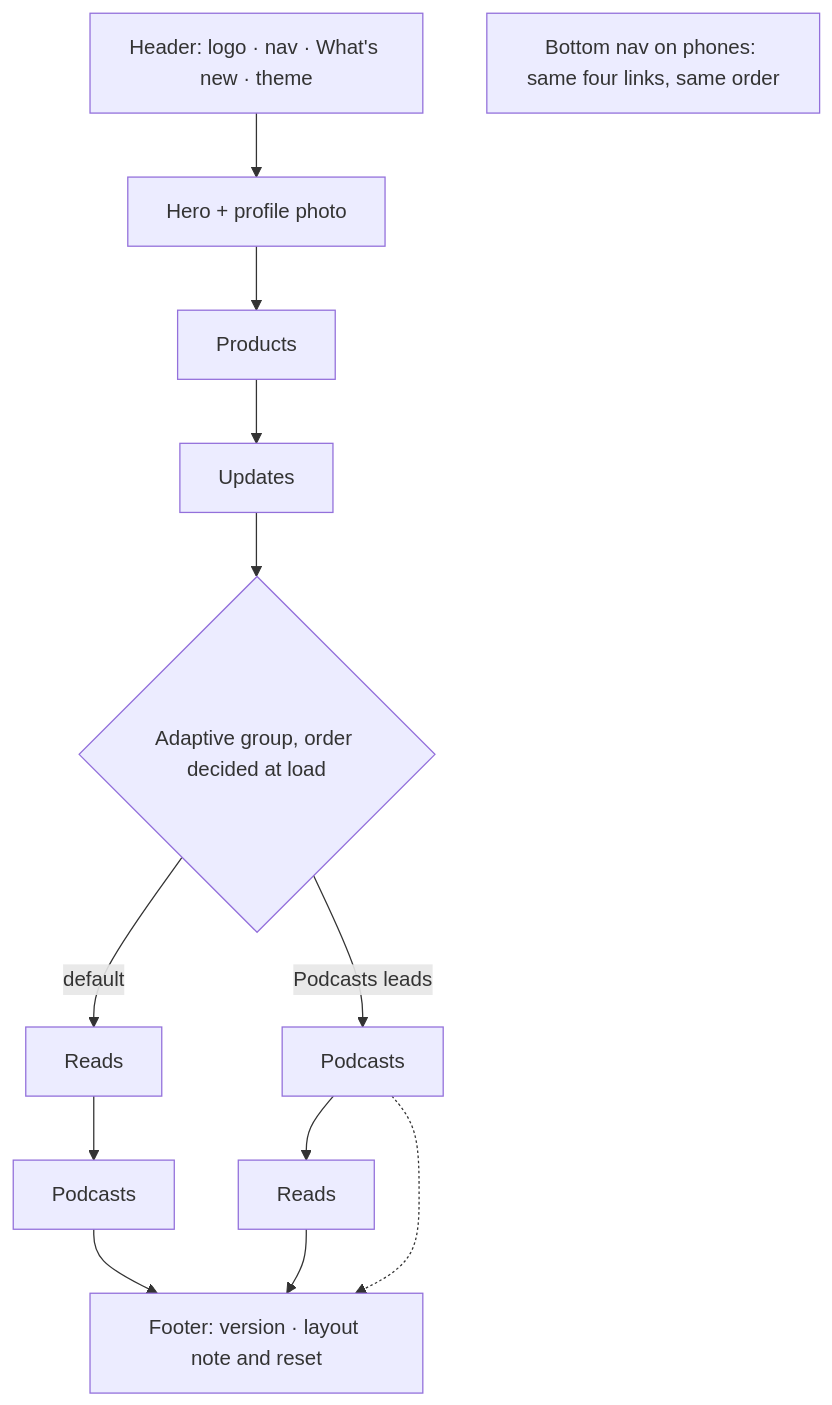
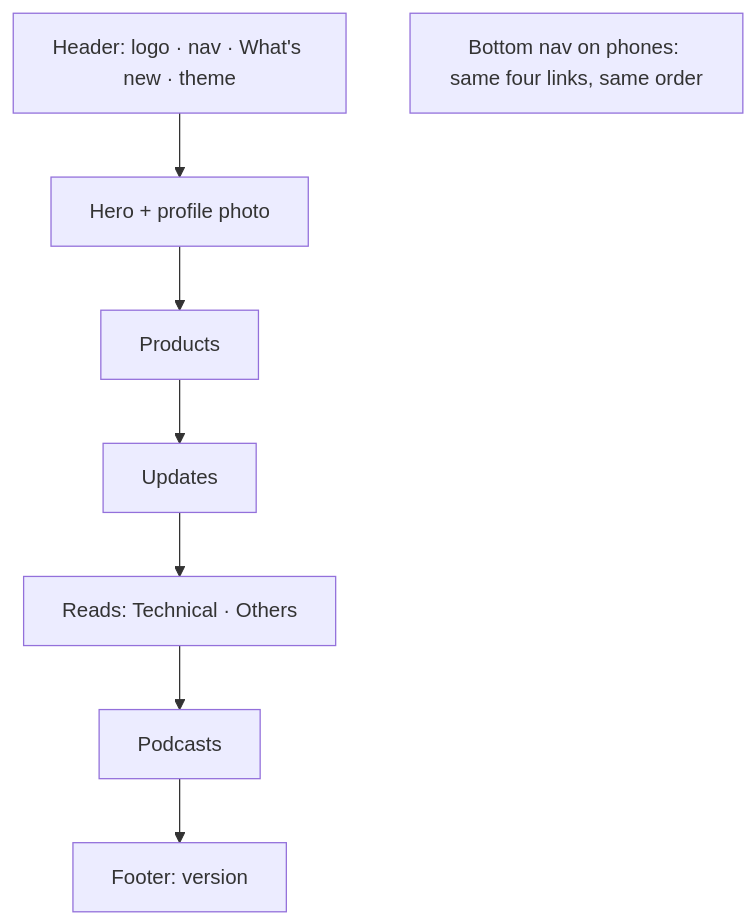
One commit to debasisr66/studio changed diagram 17 of 22 in docs/design.md. Above: the diagram before and after it, drawn with Mermaid. The commit also changed other lines of this file and 19 other files, not shown here.

Commit message:
docs(2.0): owner decisions applied: usage-based ordering dropped; SPEC-UX is now a fixed-order simpler layout; specs approved; seed podcasts recorded

````diff
--- a/docs/design.md
+++ b/docs/design.md
@@ -582,13 +581,10 @@
 ```mermaid
 flowchart TB
   H[Header: logo · nav · What's new · theme] --> HERO[Hero + profile photo]
   HERO --> P[Products]
   P --> U[Updates]
-  U --> A{Adaptive group, order decided at load}
-  A -->|default| R1[Reads] --> PC1[Podcasts]
-  A -->|Podcasts leads| PC2[Podcasts] --> R2[Reads]
-  PC1 --> F[Footer: version · layout note and reset]
-  R2 --> F
-  PC2 -.-> F
+  U --> R[Reads: Technical · Others]
+  R --> PC[Podcasts]
+  PC --> F[Footer: version]
   BN[Bottom nav on phones: same four links, same order]
 ```
````
